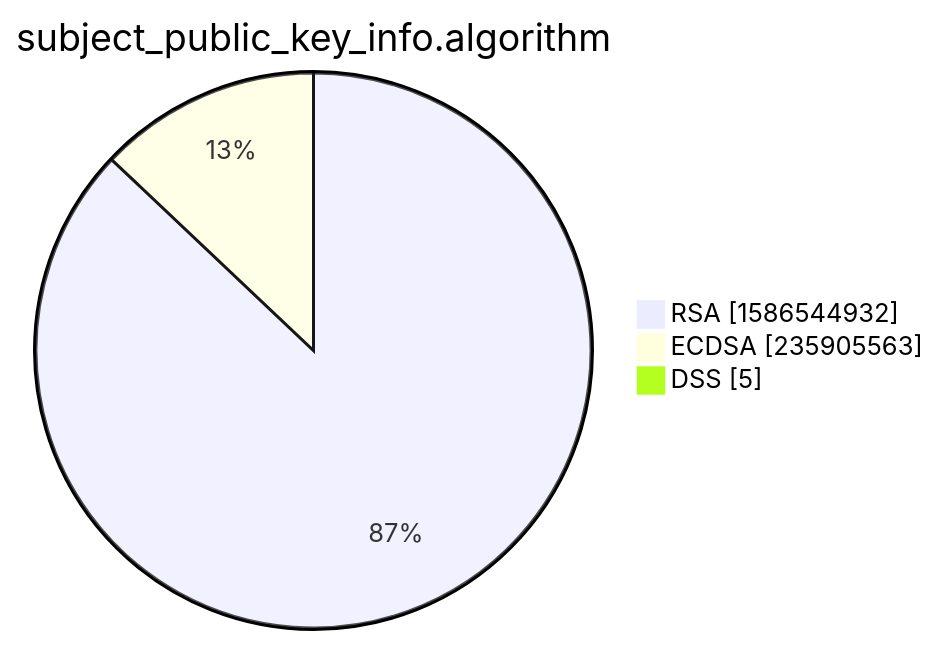
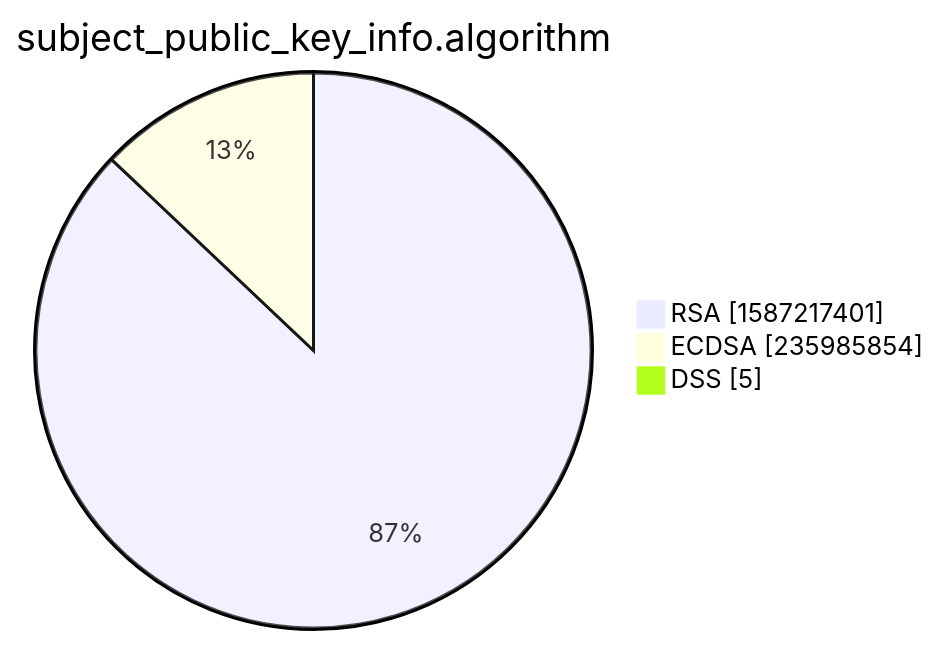
Before and after one commit to christiankrug/ctmonitor_visualization: the third of 15 diagrams in xenon2022/README.md, drawn with Mermaid. The commit also changed other lines of this file, not shown here.

````diff
--- a/xenon2022/README.md
+++ b/xenon2022/README.md
@@ -14,7 +14,7 @@
 ```mermaid
 pie showData
 title subject_public_key_info.algorithm
-"RSA" :1586544932
-"ECDSA" :235905563
+"RSA" :1587217401
+"ECDSA" :235985854
 "DSS" :5
 ```
````
